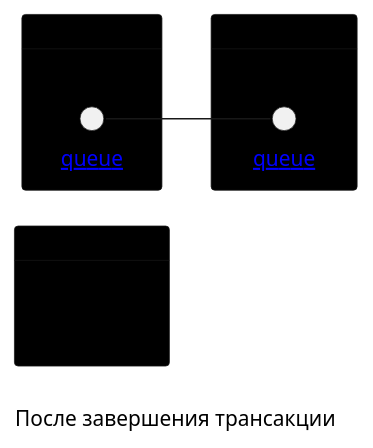
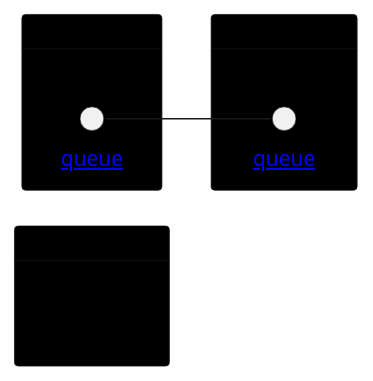
One commit to pavetok/pavetok.github.io changed the diagram in diagrams/queue-example/transaction-after.puml. Above: the diagram before and after it, drawn with PlantUML. The commit also changed 34 other files, not shown here.

```diff
--- a/diagrams/queue-example/transaction-after.puml
+++ b/diagrams/queue-example/transaction-after.puml
@@ -1,28 +1,26 @@
 @startuml
 left to right direction
 
 skinparam card {
     BorderThickness 0.5
     BackgroundColor 0
 }
 
 skinparam label {
     FontSize 0
 }
 
 card Alice {
     label nothing
 }
 
 card Bob {
     circle "[[/work/transaction-types/queue-example/diagrams/queue-client/{queue} queue]]" as queue1 <<client>>
 }
 
 card Carol {
     circle "[[/work/transaction-types/queue-example/diagrams/queue-server/{queue} queue]]" as queue2 <<server>>
 }
 
 queue1 -- queue2
-
-caption \nПосле завершения трансакции
 @enduml
```
